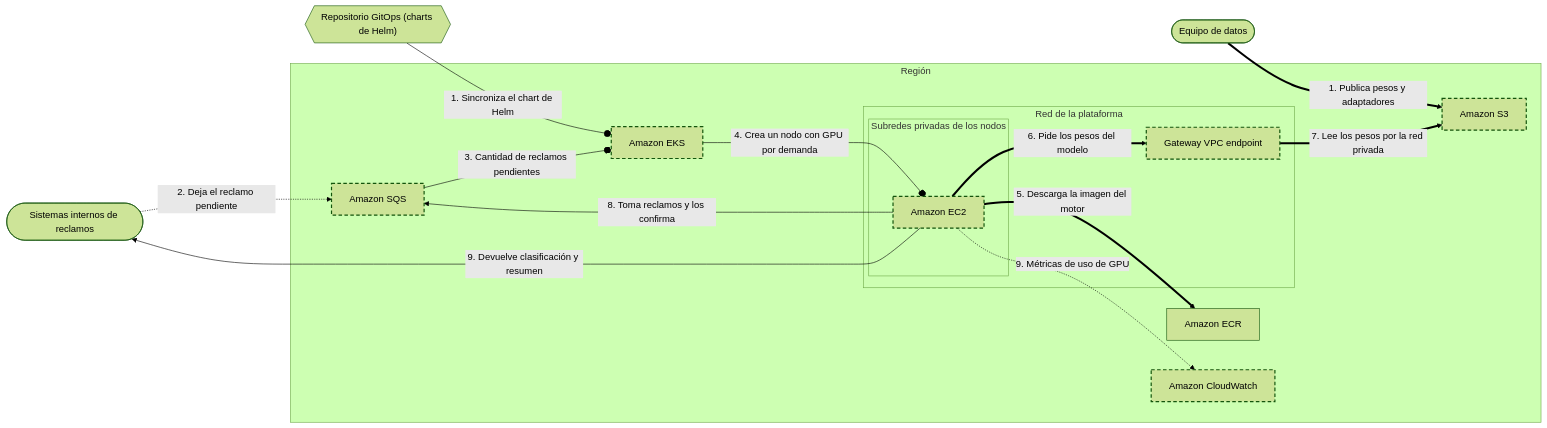
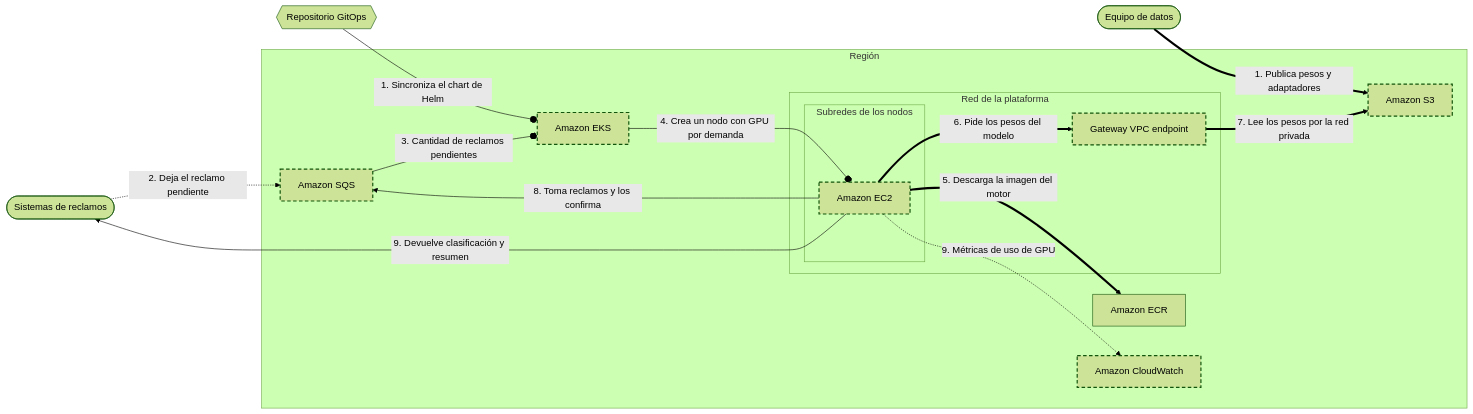
The diagram in content/scenarios/gpu-inference-on-eks/diagram.mmd (elissamburu/blueprint-the-game), drawn with Mermaid (forest theme) before and after one commit. The commit also changed 31 other files, not shown here.

```diff
--- a/content/scenarios/gpu-inference-on-eks/diagram.mmd
+++ b/content/scenarios/gpu-inference-on-eks/diagram.mmd
@@ -1,32 +1,32 @@
 %% Archivo generado por pnpm content:gen a partir de scenario.yaml. No se edita a mano.
 %% Escenario: gpu-inference-on-eks v1
 flowchart LR
   n_data_team(["Equipo de datos"])
-  n_consumers(["Sistemas internos de reclamos"])
-  n_gitops{{"Repositorio GitOps (charts de Helm)"}}
+  n_consumers(["Sistemas de reclamos"])
+  n_gitops{{"Repositorio GitOps"}}
   subgraph g_region["Región"]
     subgraph g_vpc["Red de la plataforma"]
-      subgraph g_nodes_subnets["Subredes privadas de los nodos"]
+      subgraph g_nodes_subnets["Subredes de los nodos"]
         n_gpu_compute["Amazon EC2"]
       end
       n_weights_private_path["Gateway VPC endpoint"]
     end
     n_registry["Amazon ECR"]
     n_platform["Amazon EKS"]
     n_weights_store["Amazon S3"]
     n_gpu_metrics["Amazon CloudWatch"]
     n_claims_queue["Amazon SQS"]
   end
   n_data_team ==>|"1. Publica pesos y adaptadores"| n_weights_store
   n_gitops --o|"1. Sincroniza el chart de Helm"| n_platform
   n_consumers -.->|"2. Deja el reclamo pendiente"| n_claims_queue
   n_claims_queue --o|"3. Cantidad de reclamos pendientes"| n_platform
   n_platform --o|"4. Crea un nodo con GPU por demanda"| n_gpu_compute
   n_gpu_compute ==>|"5. Descarga la imagen del motor"| n_registry
   n_gpu_compute ==>|"6. Pide los pesos del modelo"| n_weights_private_path
   n_weights_private_path ==>|"7. Lee los pesos por la red privada"| n_weights_store
   n_gpu_compute -->|"8. Toma reclamos y los confirma"| n_claims_queue
   n_gpu_compute -->|"9. Devuelve clasificación y resumen"| n_consumers
   n_gpu_compute -.->|"9. Métricas de uso de GPU"| n_gpu_metrics
   classDef slot stroke-dasharray: 6 4,stroke-width:2px
   class n_platform,n_gpu_compute,n_weights_store,n_weights_private_path,n_gpu_metrics,n_claims_queue slot
```
